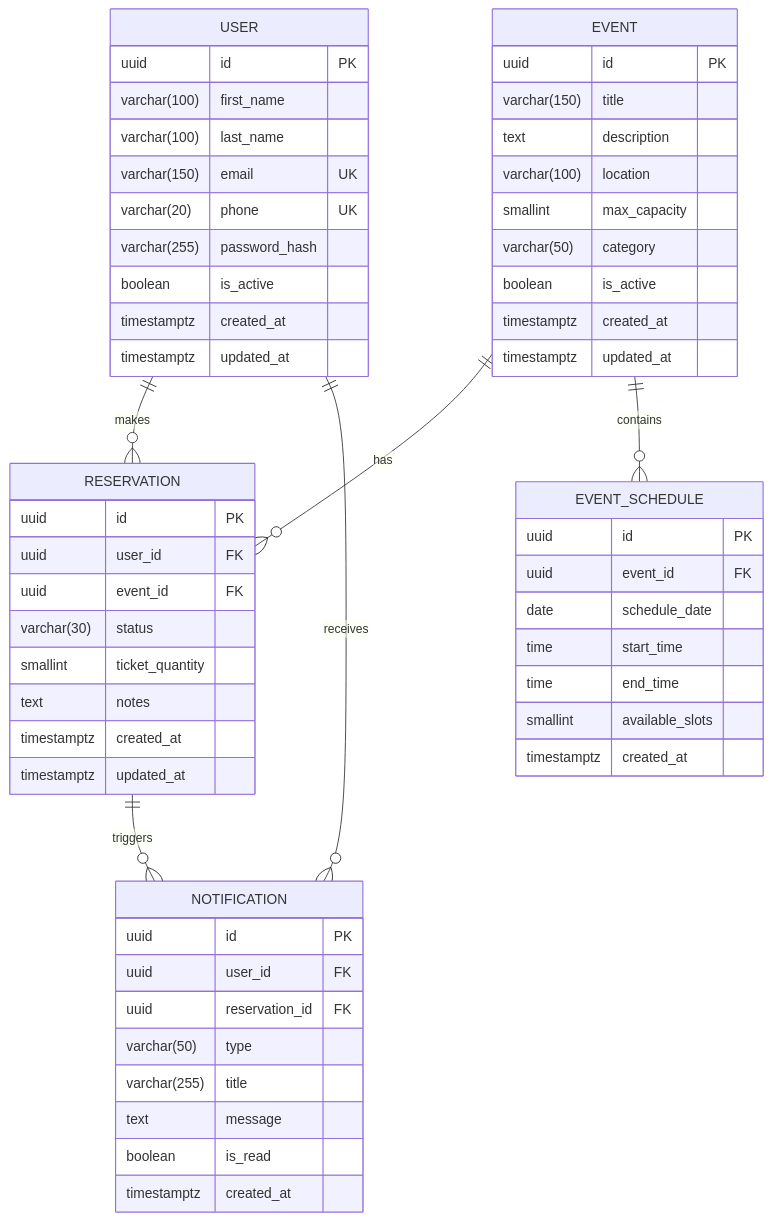
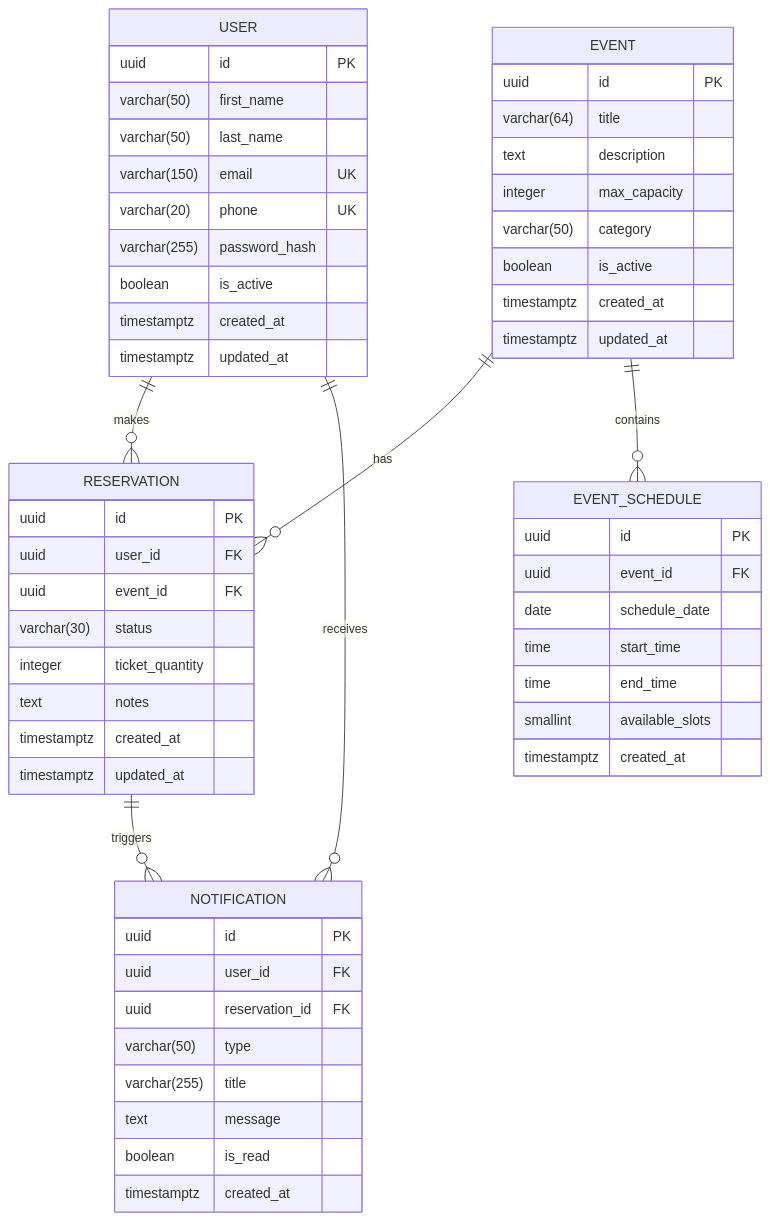
The diagram in docs/architecture/domain-model.md (Fabian131/event-booking-api), drawn with Mermaid before and after one commit. The commit also changed other lines of this file, not shown here.

Commit message:
Tighten schema types and rename constraints
Update domain model types and constraint names in docs/architecture/domain-model.md: shorten user first_name/last_name to varchar(50); reduce event title to varchar(64) and remove location; change max_capacity and ticket_quantity from smallint to integer; rename reservation foreign key constraint to fk_reservations_event_id and rename the ticket quantity check constraint to ck_reservations_ticket_quantity. These changes tighten column length limits, allow larger capacities/quantities, and clarify constraint names.

````diff
--- a/docs/architecture/domain-model.md
+++ b/docs/architecture/domain-model.md
@@ -5,64 +5,63 @@
 ```mermaid
 erDiagram
     USER ||--o{ RESERVATION : makes
     EVENT ||--o{ RESERVATION : has
     EVENT ||--o{ EVENT_SCHEDULE : contains
     RESERVATION ||--o{ NOTIFICATION : triggers
     USER ||--o{ NOTIFICATION : receives
     
     USER {
         uuid id PK
-        varchar(100) first_name
-        varchar(100) last_name
+        varchar(50) first_name
+        varchar(50) last_name
         varchar(150) email UK
         varchar(20) phone UK
         varchar(255) password_hash
         boolean is_active
         timestamptz created_at
         timestamptz updated_at
     }
     
     EVENT {
         uuid id PK
-        varchar(150) title
+        varchar(64) title
         text description
-        varchar(100) location
-        smallint max_capacity
+        integer max_capacity
         varchar(50) category
         boolean is_active
         timestamptz created_at
         timestamptz updated_at
     }
     
     EVENT_SCHEDULE {
         uuid id PK
         uuid event_id FK
         date schedule_date
         time start_time
         time end_time
         smallint available_slots
         timestamptz created_at
     }
     
     RESERVATION {
         uuid id PK
         uuid user_id FK
         uuid event_id FK
         varchar(30) status
-        smallint ticket_quantity
+        integer ticket_quantity
         text notes
         timestamptz created_at
         timestamptz updated_at
     }
     
     NOTIFICATION {
         uuid id PK
         uuid user_id FK
         uuid reservation_id FK
         varchar(50) type
         varchar(255) title
         text message
         boolean is_read
         timestamptz created_at
     }
 ```
````
